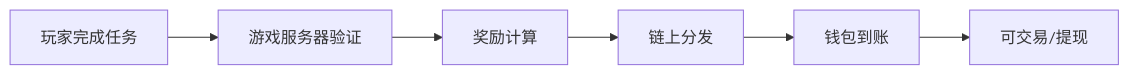
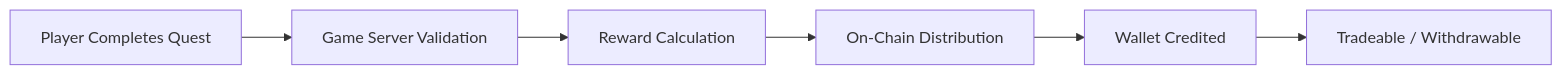
The third of 3 diagrams in tree/application/architecture/web3-gamefi.md (teaglebuilt/knowledge-tree), drawn with Mermaid before and after one commit. The commit also changed other lines of this file and 22 other files, not shown here.

````diff
--- a/tree/application/architecture/web3-gamefi.md
+++ b/tree/application/architecture/web3-gamefi.md
@@ -252,8 +254,8 @@
 ```mermaid
 flowchart LR
-    A[玩家完成任务] --> B[游戏服务器验证]
-    B --> C[奖励计算]
-    C --> D[链上分发]
-    D --> E[钱包到账]
-    E --> F[可交易/提现]
+    A[Player Completes Quest] --> B[Game Server Validation]
+    B --> C[Reward Calculation]
+    C --> D[On-Chain Distribution]
+    D --> E[Wallet Credited]
+    E --> F[Tradeable / Withdrawable]
 ```
````
